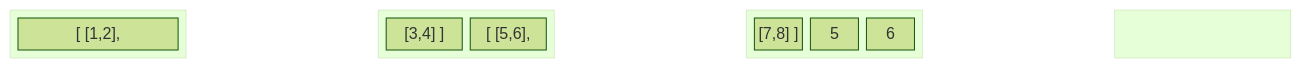
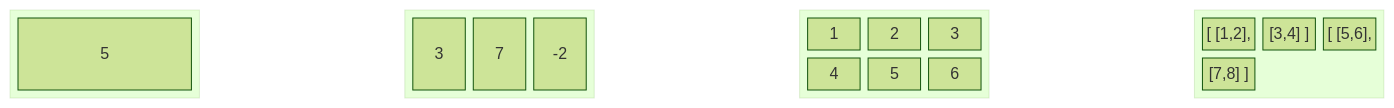
Before and after one commit to Michael-Nguyen36/LLM: the first of 4 diagrams in curriculum/01-tensors-and-matmul.md, drawn with Mermaid (forest theme). The commit also changed 23 other files, not shown here.

````diff
--- a/curriculum/01-tensors-and-matmul.md
+++ b/curriculum/01-tensors-and-matmul.md
@@ -21,30 +21,30 @@
 ```mermaid
 block-beta
     columns 10
     
     block:scalar
         columns 1
-        a["5"]
+        s1["5"]
     end
     space
     block:vector
         columns 3
-        a["3"] b["7"] c["-2"]
+        v1["3"] v2["7"] v3["-2"]
     end
     space
     block:matrix
         columns 3
-        a["1"] b["2"] c["3"]
-        d["4"] e["5"] f["6"]
+        m1["1"] m2["2"] m3["3"]
+        m4["4"] m5["5"] m6["6"]
     end
     
     space
     
     block:tensor3d
         columns 3
-        a["[ [1,2],"]
-        b["  [3,4] ]"]
-        c["[ [5,6],"]
-        d["  [7,8] ]"]
+        t1["[ [1,2],"]
+        t2["  [3,4] ]"]
+        t3["[ [5,6],"]
+        t4["  [7,8] ]"]
     end
 ```
````
